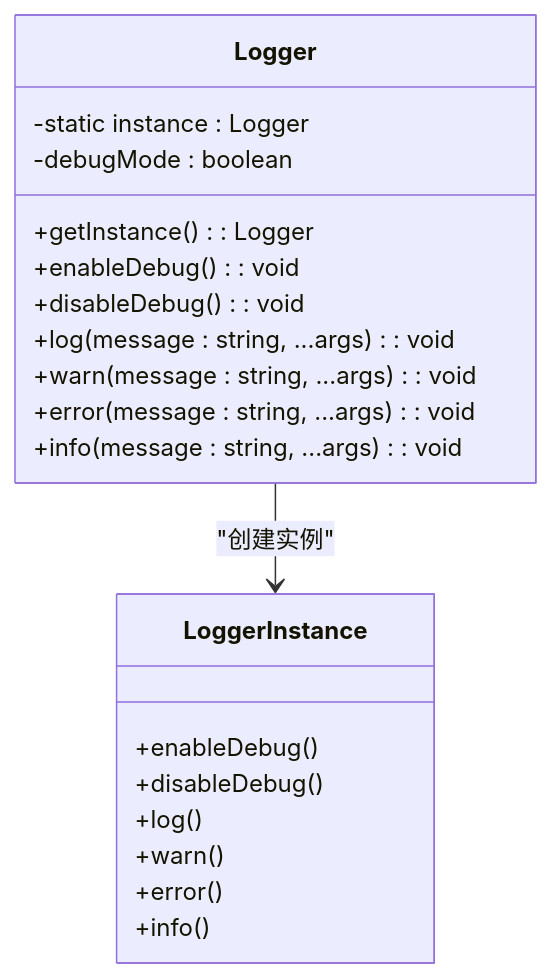
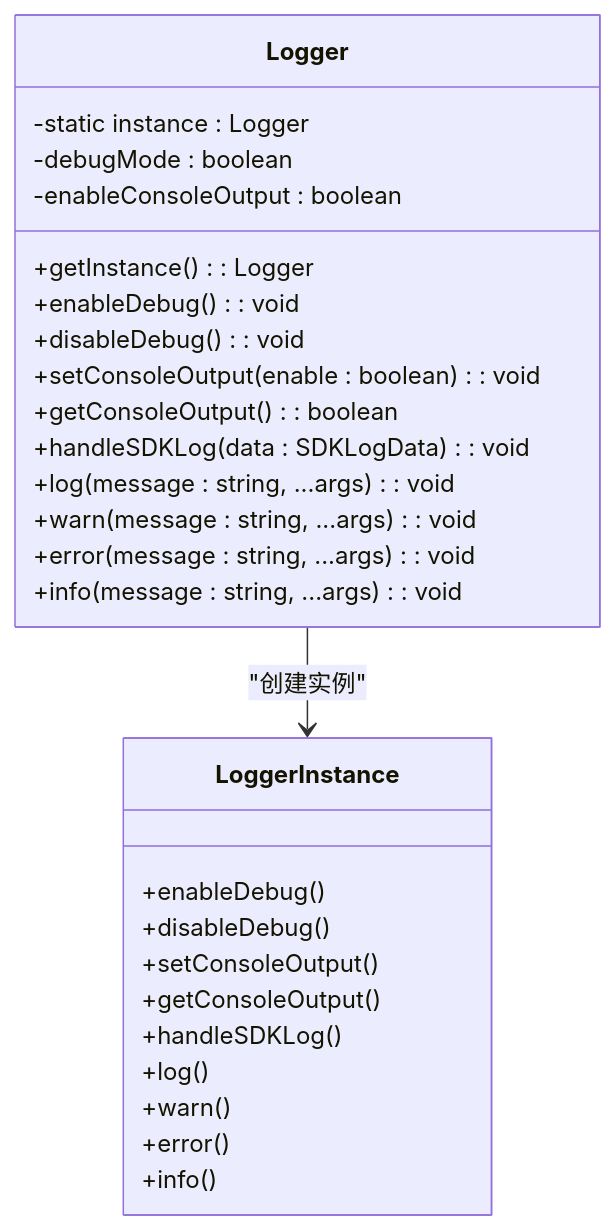
Before and after one commit to Easemob-Community/easemob-uikit-uniapp-community: the second of 9 diagrams in .qoder/repowiki/zh/content/核心架构/日志系统/日志系统.md, drawn with Mermaid. The commit also changed other lines of this file and 4 other files, not shown here.

````diff
--- a/.qoder/repowiki/zh/content/核心架构/日志系统/日志系统.md
+++ b/.qoder/repowiki/zh/content/核心架构/日志系统/日志系统.md
@@ -76,23 +101,30 @@
 ```mermaid
 classDiagram
 class Logger {
 -static instance : Logger
 -debugMode : boolean
+-enableConsoleOutput : boolean
 +getInstance() : Logger
 +enableDebug() : void
 +disableDebug() : void
++setConsoleOutput(enable : boolean) : void
++getConsoleOutput() : boolean
++handleSDKLog(data : SDKLogData) : void
 +log(message : string, ...args) : void
 +warn(message : string, ...args) : void
 +error(message : string, ...args) : void
 +info(message : string, ...args) : void
 }
 class LoggerInstance {
 +enableDebug()
 +disableDebug()
++setConsoleOutput()
++getConsoleOutput()
++handleSDKLog()
 +log()
 +warn()
 +error()
 +info()
 }
 Logger --> LoggerInstance : "创建实例"
 ```
````
